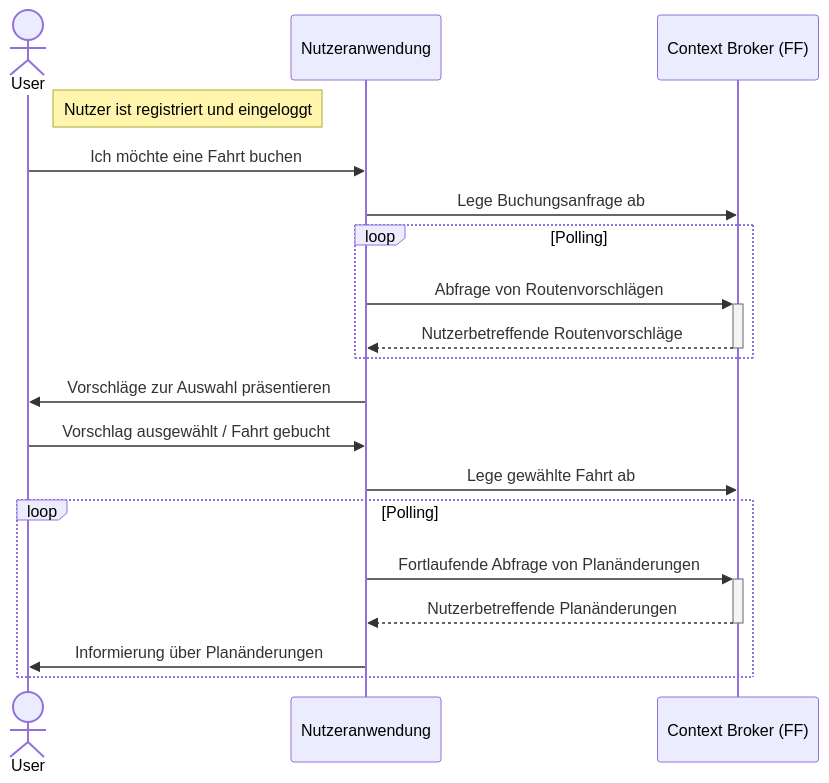
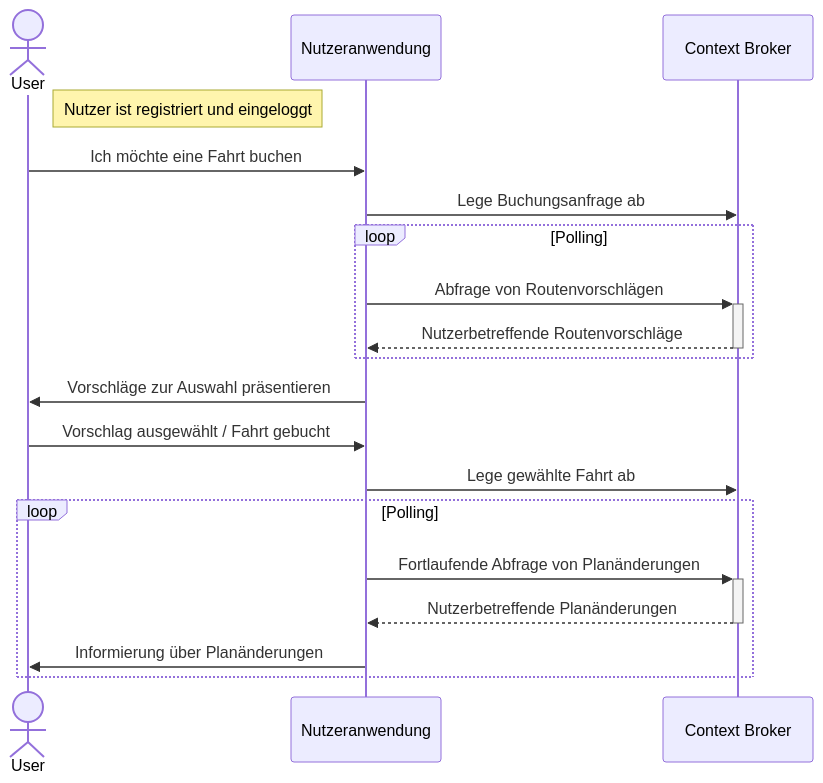
One commit to NeMo-bil/documentation changed the first of 5 diagrams in README_App.md. Above: the diagram before and after it, drawn with Mermaid. The commit also changed other lines of this file, not shown here.

````diff
--- a/README_App.md
+++ b/README_App.md
@@ -6,29 +6,29 @@
 ```mermaid
 sequenceDiagram
 %% auskommentieren wenn wir Details zur Kommunikation aufschreiben
 %% autonumber
 %% Benutzer definieren
 actor User
 %% technische Teilnehmer/Componenten definieren
 participant App as Nutzeranwendung
-participant CB as Context Broker (FF)
+participant CB as Context Broker
 
 Note right of User: Nutzer ist registriert und eingeloggt
 User->>App: Ich möchte eine Fahrt buchen
 App->>CB: Lege Buchungsanfrage ab
 
 loop Polling
 App->>+CB: Abfrage von Routenvorschlägen
 CB-->>-App: Nutzerbetreffende Routenvorschläge
 end
 
 App->>User: Vorschläge zur Auswahl präsentieren
 User->>App: Vorschlag ausgewählt / Fahrt gebucht
 App->>CB: Lege gewählte Fahrt ab
 
 loop Polling
 App->>+CB: Fortlaufende Abfrage von Planänderungen
 CB-->>-App: Nutzerbetreffende Planänderungen
 App->>User: Informierung über Planänderungen
 end
 ```
````
